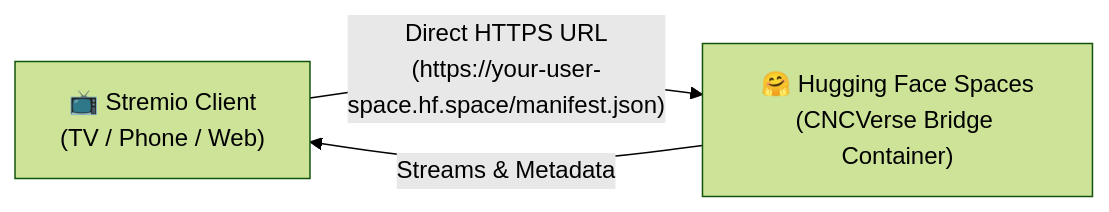
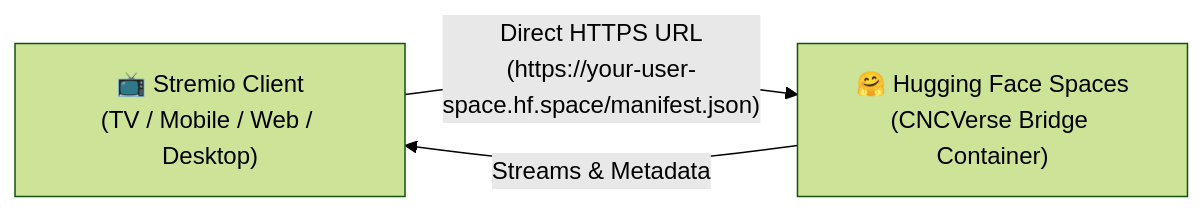
Before and after one commit to deep12323/CNCVerse-Bridge: the diagram in README.md, drawn with Mermaid (forest theme). The commit also changed other lines of this file, not shown here.

Commit message:
docs: update README with Hugging Face Spaces deployment guide, Docker usage, and configuration

````diff
--- a/README.md
+++ b/README.md
@@ -35,5 +36,5 @@
 ```mermaid
 flowchart LR
-    Stremio["📺 Stremio Client\n(TV / Phone / Web)"] -->|"Direct HTTPS URL\n(https://your-user-space.hf.space/manifest.json)"| HF["🤗 Hugging Face Spaces\n(CNCVerse Bridge Container)"]
+    Stremio["📺 Stremio Client\n(TV / Mobile / Web / Desktop)"] -->|"Direct HTTPS URL\n(https://your-user-space.hf.space/manifest.json)"| HF["🤗 Hugging Face Spaces\n(CNCVerse Bridge Container)"]
     HF -->|"Streams & Metadata"| Stremio
 ```
````
